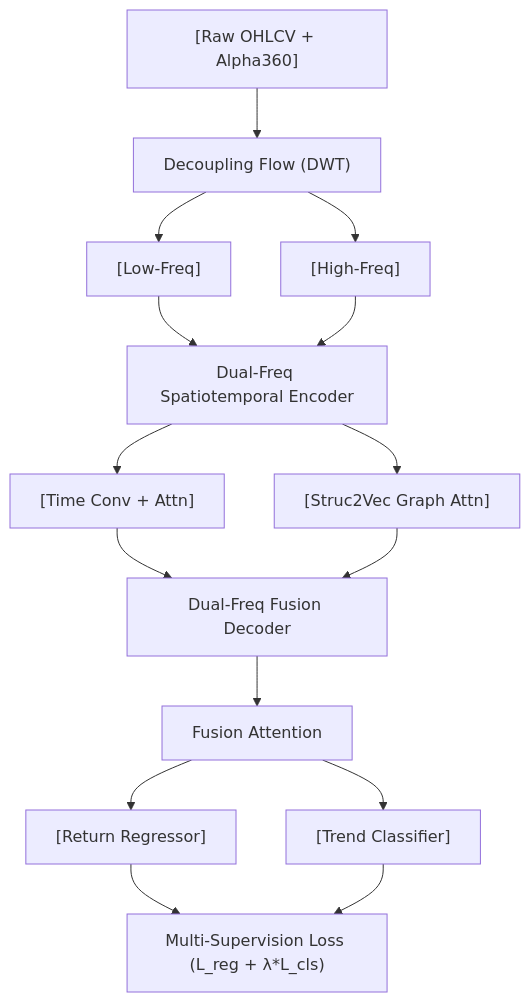
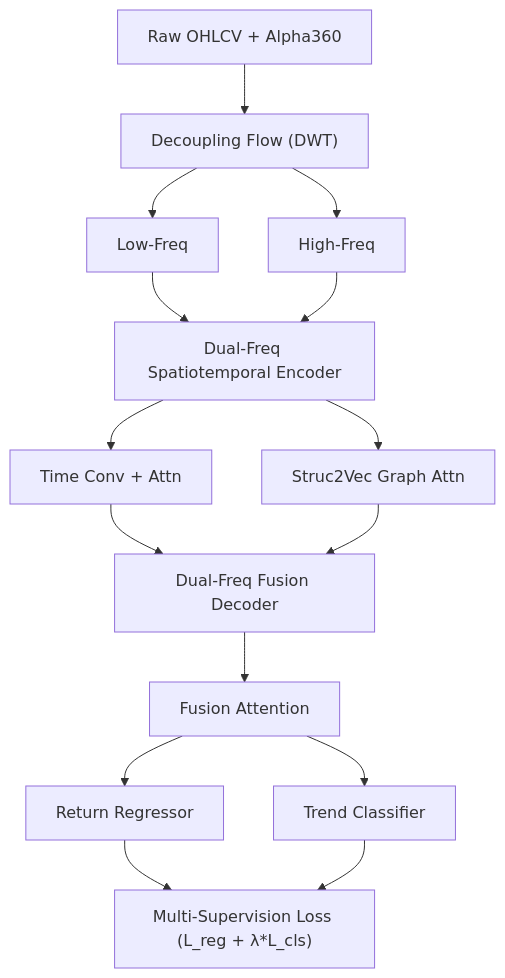
Before and after one commit to sou350121/Trading-Handbook: the diagram in foundations/time-series-forecasting/stockformer.md, drawn with Mermaid. The commit also changed 191 other files, not shown here.

First line of the commit message:
render: fix math + mermaid for GitHub across the corpus (188 pages)

````diff
--- a/foundations/time-series-forecasting/stockformer.md
+++ b/foundations/time-series-forecasting/stockformer.md
@@ -33,17 +33,17 @@
 ```mermaid
 flowchart TD
-    A["[Raw OHLCV + Alpha360]"] --> B["Decoupling Flow (DWT)"]
-    B --> C["[Low-Freq]"]
-    B --> D["[High-Freq]"]
+    A["Raw OHLCV + Alpha360"] --> B["Decoupling Flow (DWT)"]
+    B --> C["Low-Freq"]
+    B --> D["High-Freq"]
     C --> E["Dual-Freq Spatiotemporal Encoder"]
     D --> E["Dual-Freq Spatiotemporal Encoder"]
-    E --> F["[Time Conv + Attn]"]
-    E --> G["[Struc2Vec Graph Attn]"]
+    E --> F["Time Conv + Attn"]
+    E --> G["Struc2Vec Graph Attn"]
     F --> H["Dual-Freq Fusion Decoder"]
     G --> H["Dual-Freq Fusion Decoder"]
     H --> I["Fusion Attention"]
-    I --> J["[Return Regressor]"]
-    I --> K["[Trend Classifier]"]
+    I --> J["Return Regressor"]
+    I --> K["Trend Classifier"]
     J --> L["Multi-Supervision Loss (L_reg + λ*L_cls)"]
     K --> L["Multi-Supervision Loss (L_reg + λ*L_cls)"]
 ```
````
